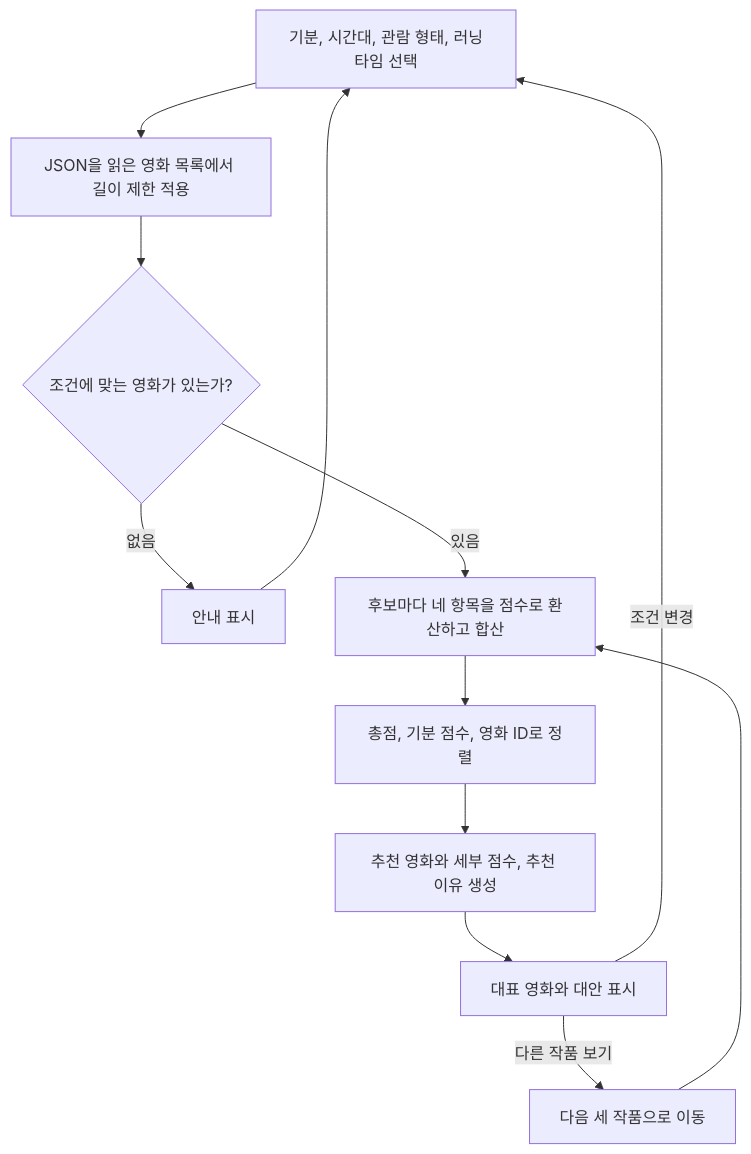
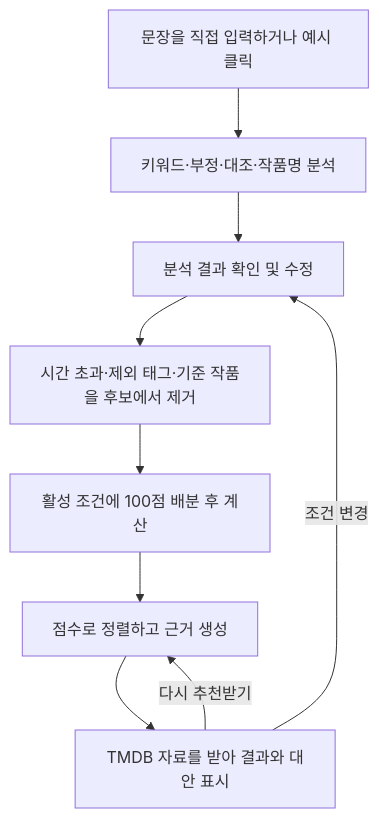
The second of 2 diagrams in PRESENTATION_GUIDE.md (kyunho8962-dotcom/SCENE), drawn with Mermaid before and after one commit. The commit also changed other lines of this file and 24 other files, not shown here.

````diff
--- a/PRESENTATION_GUIDE.md
+++ b/PRESENTATION_GUIDE.md
@@ -80,14 +38,11 @@
 ```mermaid
 flowchart TD
-    A["기분, 시간대, 관람 형태, 러닝타임 선택"] --> B["JSON을 읽은 영화 목록에서 길이 제한 적용"]
-    B --> C{"조건에 맞는 영화가 있는가?"}
-    C -->|없음| D["안내 표시"]
-    D --> A
-    C -->|있음| E["후보마다 네 항목을 점수로 환산하고 합산"]
-    E --> F["총점, 기분 점수, 영화 ID로 정렬"]
-    F --> G["추천 영화와 세부 점수, 추천 이유 생성"]
-    G --> H["대표 영화와 대안 표시"]
-    H -->|다른 작품 보기| I["다음 세 작품으로 이동"]
-    I --> E
-    H -->|조건 변경| A
+    A["문장을 직접 입력하거나 예시 클릭"] --> B["키워드·부정·대조·작품명 분석"]
+    B --> C["분석 결과 확인 및 수정"]
+    C --> D["시간 초과·제외 태그·기준 작품을 후보에서 제거"]
+    D --> E["활성 조건에 100점 배분 후 계산"]
+    E --> F["점수로 정렬하고 근거 생성"]
+    F --> G["TMDB 자료를 받아 결과와 대안 표시"]
+    G -->|조건 변경| C
+    G -->|다시 추천받기| F
 ```
````
